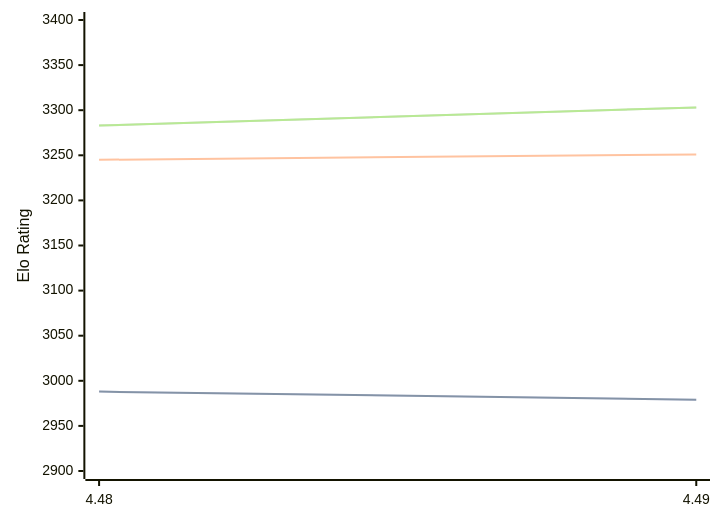
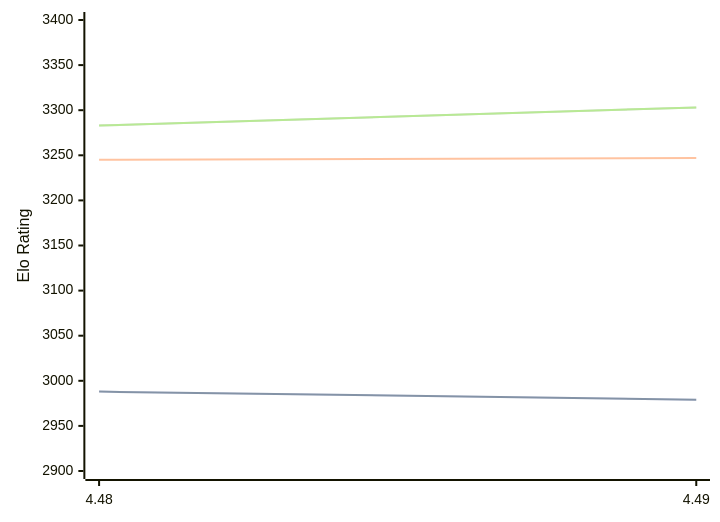
One commit to computer-chess-index/cci changed the diagram in engines/Cheng4.md. Above: the diagram before and after it, drawn with Mermaid. The commit also changed other lines of this file, not shown here.

````diff
--- a/engines/Cheng4.md
+++ b/engines/Cheng4.md
@@ -32,11 +32,11 @@
 ```mermaid
 %%{init: {"theme":"base","themeVariables":{"seriesColors:['#a3a3a3','#222221','#faa371']}}}%%
 xychart-beta
   x-axis ["4.48", "4.49"]
   y-axis "Elo Rating" 2900 --> 3400
   line "" [2988, 2979]
   line "STC (8.0+0.08s)" [2988, 2979]
-  line "LTC (60.0+0.60s)" [3245, 3251]
+  line "LTC (60.0+0.60s)" [3245, 3247]
   line "" [3283, 3303]
   line "VLTC (2m24s+1.12s)" [3283, 3303]
 ```
````
